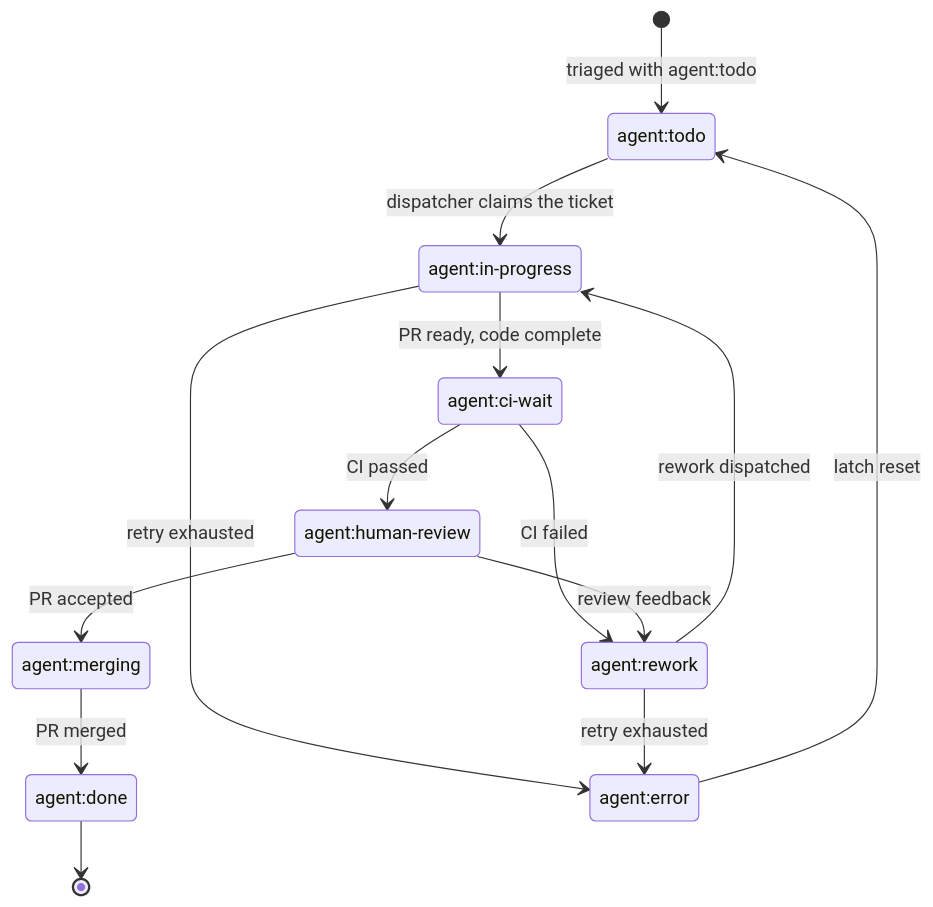
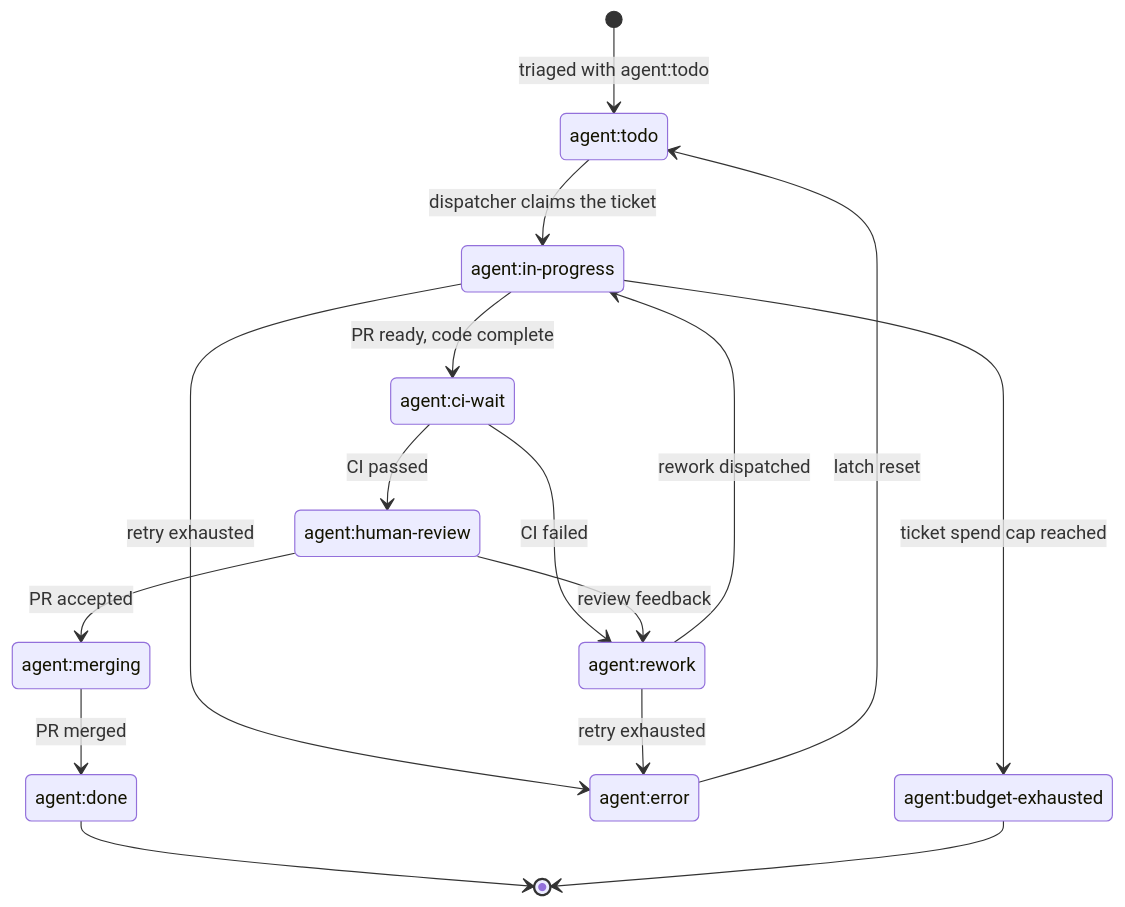
One commit to aiur-team/aiur changed the diagram in website/docs-app/concepts/ticket-lifecycle.md. Above: the diagram before and after it, drawn with Mermaid. The commit also changed other lines of this file and 64 other files, not shown here.

Commit message:
feat: enforce per-ticket spend caps

````diff
--- a/website/docs-app/concepts/ticket-lifecycle.md
+++ b/website/docs-app/concepts/ticket-lifecycle.md
@@ -242,26 +243,29 @@
 ```mermaid
 stateDiagram-v2
     [*] --> todo: triaged with agent:todo
     todo --> inprogress: dispatcher claims the ticket
     inprogress --> ciwait: PR ready, code complete
     ciwait --> humanreview: CI passed
     ciwait --> rework: CI failed
     humanreview --> rework: review feedback
     humanreview --> merging: PR accepted
     rework --> inprogress: rework dispatched
     merging --> done: PR merged
     done --> [*]
 
     inprogress --> error: retry exhausted
+    inprogress --> budgetexhausted: ticket spend cap reached
     rework --> error: retry exhausted
     error --> todo: latch reset
+    budgetexhausted --> [*]
 
     todo: agent:todo
     inprogress: agent:in-progress
+    budgetexhausted: agent:budget-exhausted
     ciwait: agent:ci-wait
     humanreview: agent:human-review
     rework: agent:rework
     merging: agent:merging
     done: agent:done
     error: agent:error
 ```
````
